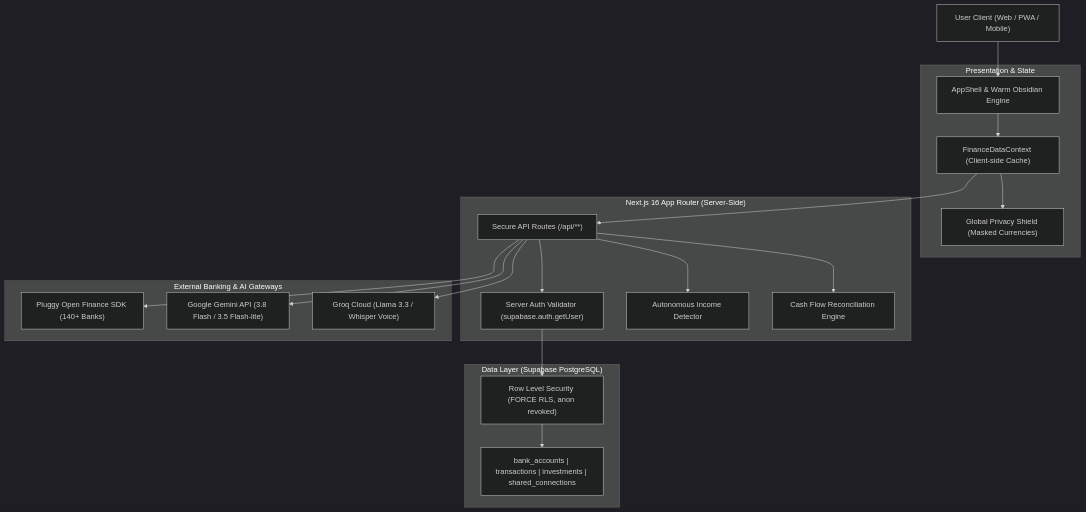
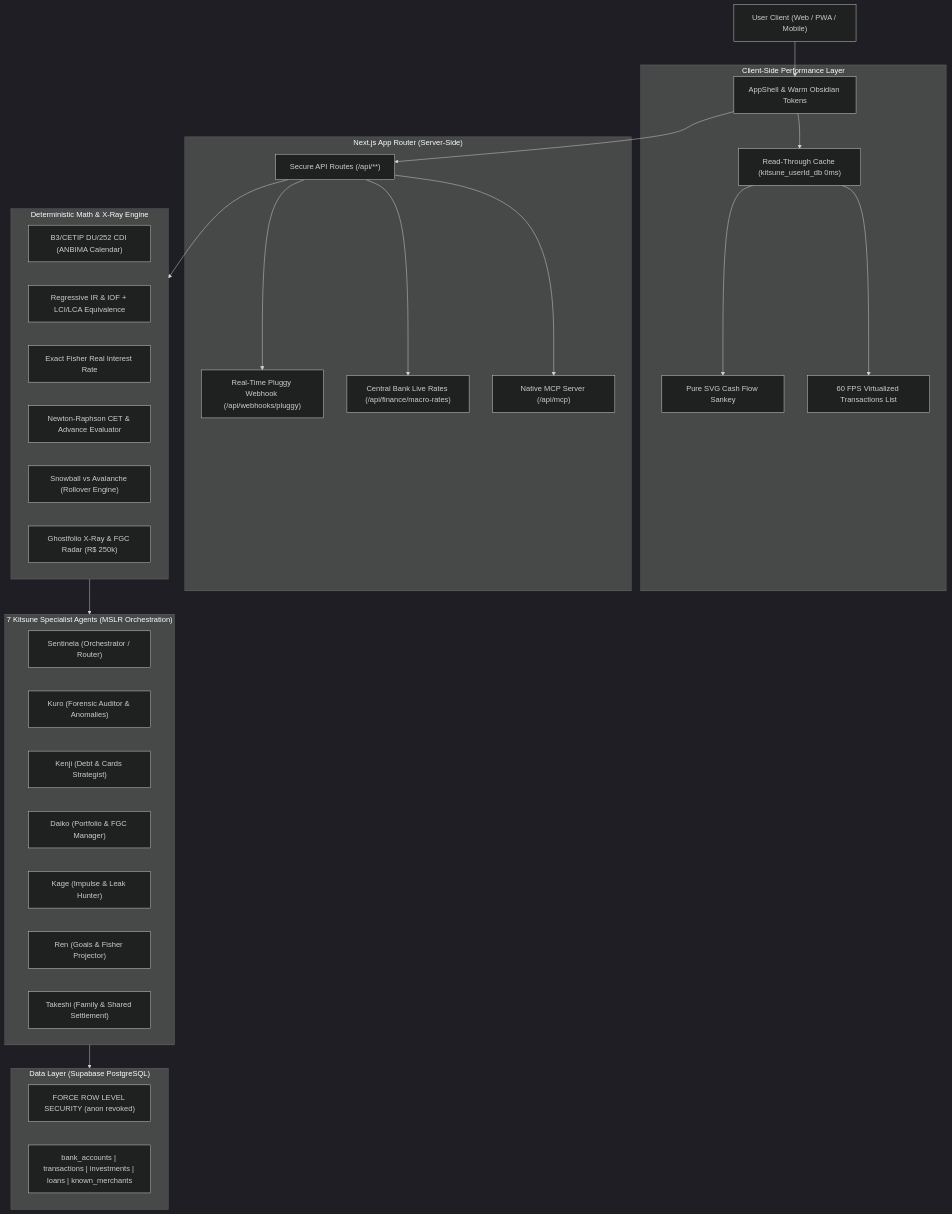
One commit to jefheee/kitsune-finance changed the diagram in README.md. Above: the diagram before and after it, drawn with Mermaid (dark theme). The commit also changed other lines of this file and 28 other files, not shown here.

````diff
--- a/README.md
+++ b/README.md
@@ -75,43 +78,56 @@
 ```mermaid
 flowchart TD
     User["User Client (Web / PWA / Mobile)"]
 
-    subgraph Presentation["Presentation & State"]
-        AppShell["AppShell & Warm Obsidian Engine"]
-        FinanceContext["FinanceDataContext (Client-side Cache)"]
-        PrivacyEngine["Global Privacy Shield (Masked Currencies)"]
+    subgraph Client["Client-Side Performance Layer"]
+        AppShell["AppShell & Warm Obsidian Tokens"]
+        IndexedDB["Read-Through Cache (kitsune_userId_db 0ms)"]
+        VirtualizedList["60 FPS Virtualized Transactions List"]
+        SankeyChart["Pure SVG Cash Flow Sankey"]
     end
 
-    subgraph AppRouter["Next.js 16 App Router (Server-Side)"]
+    subgraph AppRouter["Next.js App Router (Server-Side)"]
         APIRoutes["Secure API Routes (/api/**)"]
-        AuthGuard["Server Auth Validator (supabase.auth.getUser)"]
-        IncomeDetector["Autonomous Income Detector"]
-        Reconciliation["Cash Flow Reconciliation Engine"]
+        MCPEndpoint["Native MCP Server (/api/mcp)"]
+        MacroRatesRoute["Central Bank Live Rates (/api/finance/macro-rates)"]
+        PluggyWebhook["Real-Time Pluggy Webhook (/api/webhooks/pluggy)"]
+    end
+
+    subgraph DeterministicEngine["Deterministic Math & X-Ray Engine"]
+        CDIEngine["B3/CETIP DU/252 CDI (ANBIMA Calendar)"]
+        TaxEngine["Regressive IR & IOF + LCI/LCA Equivalence"]
+        FisherEngine["Exact Fisher Real Interest Rate"]
+        CETEngine["Newton-Raphson CET & Advance Evaluator"]
+        DebtEngine["Snowball vs Avalanche (Rollover Engine)"]
+        XRayRules["Ghostfolio X-Ray & FGC Radar (R$ 250k)"]
+    end
+
+    subgraph MultiAgentLayer["7 Kitsune Specialist Agents (MSLR Orchestration)"]
+        Sentinela["Sentinela (Orchestrator / Router)"]
+        Kuro["Kuro (Forensic Auditor & Anomalies)"]
+        Kenji["Kenji (Debt & Cards Strategist)"]
+        Daiko["Daiko (Portfolio & FGC Manager)"]
+        Kage["Kage (Impulse & Leak Hunter)"]
+        Ren["Ren (Goals & Fisher Projector)"]
+        Takeshi["Takeshi (Family & Shared Settlement)"]
     end
 
     subgraph DataStore["Data Layer (Supabase PostgreSQL)"]
-        RLS["Row Level Security (FORCE RLS, anon revoked)"]
-        Tables["bank_accounts | transactions | investments | shared_connections"]
-    end
-
-    subgraph ExternalServices["External Banking & AI Gateways"]
-        Pluggy["Pluggy Open Finance SDK (140+ Banks)"]
-        GeminiPool["Google Gemini API (3.8 Flash / 3.5 Flash-lite)"]
-        Groq["Groq Cloud (Llama 3.3 / Whisper Voice)"]
+        RLS["FORCE ROW LEVEL SECURITY (anon revoked)"]
+        Tables["bank_accounts | transactions | investments | loans | known_merchants"]
     end
 
     User --> AppShell
-    AppShell --> FinanceContext
-    FinanceContext --> PrivacyEngine
-    FinanceContext --> APIRoutes
+    AppShell --> IndexedDB
+    IndexedDB --> VirtualizedList
+    IndexedDB --> SankeyChart
 
-    APIRoutes --> AuthGuard
-    AuthGuard --> RLS
-    RLS --> Tables
+    AppShell --> APIRoutes
+    APIRoutes --> MCPEndpoint
+    APIRoutes --> MacroRatesRoute
+    APIRoutes --> PluggyWebhook
 
-    APIRoutes --> IncomeDetector
-    APIRoutes --> Reconciliation
-    APIRoutes --> Pluggy
-    APIRoutes --> GeminiPool
-    APIRoutes --> Groq
+    APIRoutes --> DeterministicEngine
+    DeterministicEngine --> MultiAgentLayer
+    MultiAgentLayer --> DataStore
 ```
````
